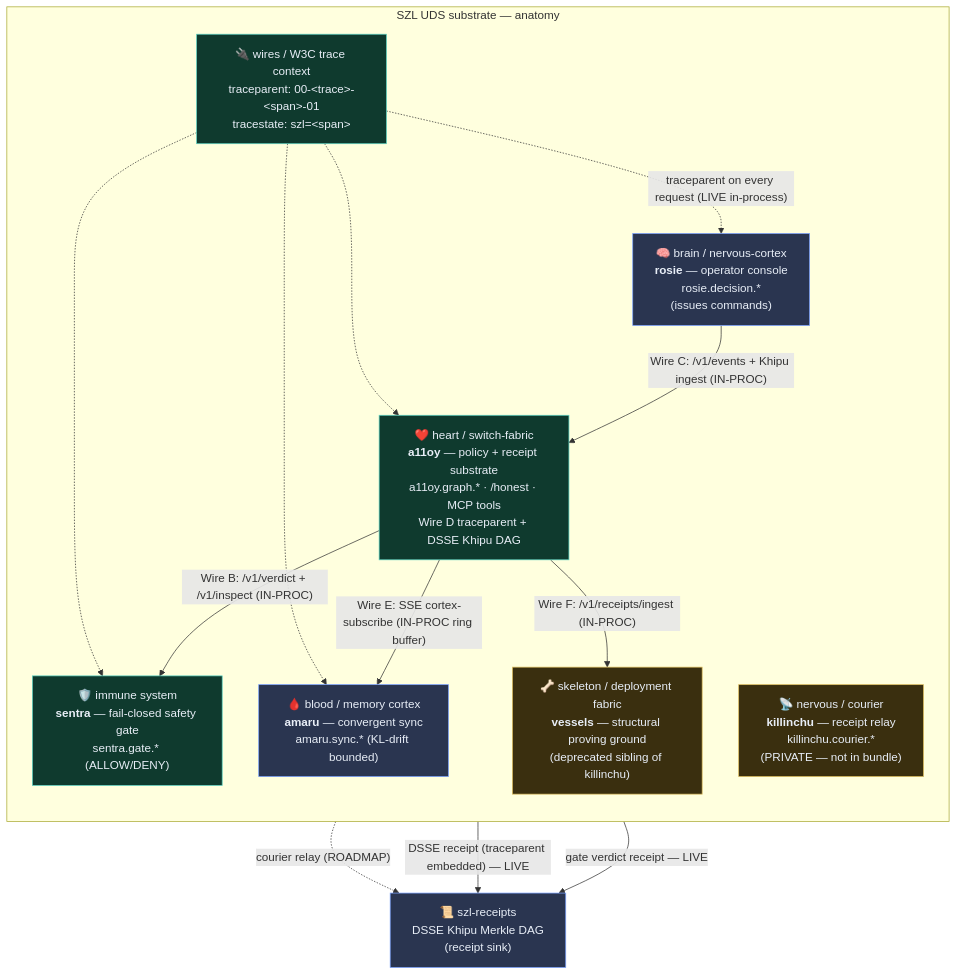
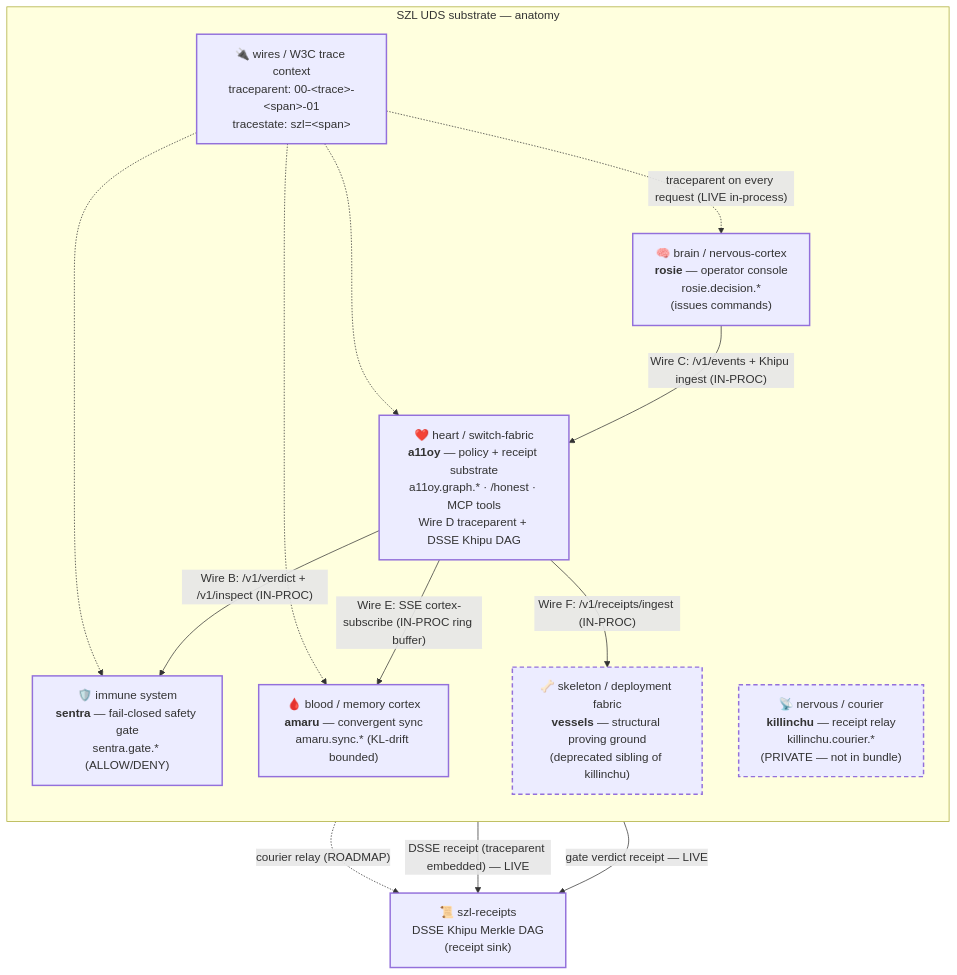
Before and after one commit to szl-holdings/a11oy: the diagram in docs/site/docs/mesh.md, drawn with Mermaid. The commit also changed 33 other files, not shown here.

````diff
--- a/docs/site/docs/mesh.md
+++ b/docs/site/docs/mesh.md
@@ -20,32 +20,32 @@
 ```mermaid
 flowchart TB
-    classDef live fill:#0f3a2e,stroke:#5ad1c0,color:#e8eef7;
-    classDef inproc fill:#2a3550,stroke:#7aa2ff,color:#e8eef7;
-    classDef roadmap fill:#3a2f0f,stroke:#e0c060,color:#e8eef7;
+    classDef live stroke-width:2px;
+    classDef inproc stroke-width:2px;
+    classDef roadmap stroke-width:2px,stroke-dasharray:6 4;
 
     subgraph BODY["SZL UDS substrate — anatomy"]
       direction TB
       ROSIE["🧠 brain / nervous-cortex<br/><b>rosie</b> — operator console<br/>rosie.decision.*<br/>(issues commands)"]:::inproc
       A11OY["❤️ heart / switch-fabric<br/><b>a11oy</b> — policy + receipt substrate<br/>a11oy.graph.* · /honest · MCP tools<br/>Wire D traceparent + DSSE Khipu DAG"]:::live
       AMARU["🩸 blood / memory cortex<br/><b>amaru</b> — convergent sync<br/>amaru.sync.* (KL-drift bounded)"]:::inproc
       SENTRA["🛡️ immune system<br/><b>sentra</b> — fail-closed safety gate<br/>sentra.gate.* (ALLOW/DENY)"]:::live
       KILLINCHU["📡 nervous / courier<br/><b>killinchu</b> — receipt relay<br/>killinchu.courier.*<br/>(PRIVATE — not in bundle)"]:::roadmap
       VESSELS["🦴 skeleton / deployment fabric<br/><b>vessels</b> — structural proving ground<br/>(deprecated sibling of killinchu)"]:::roadmap
       WIRES["🔌 wires / W3C trace context<br/>traceparent: 00-&lt;trace&gt;-&lt;span&gt;-01<br/>tracestate: szl=&lt;span&gt;"]:::live
     end
 
     RECEIPTS["📜 szl-receipts<br/>DSSE Khipu Merkle DAG<br/>(receipt sink)"]:::inproc
 
     ROSIE -->|"Wire C: /v1/events + Khipu ingest (IN-PROC)"| A11OY
     A11OY -->|"Wire B: /v1/verdict + /v1/inspect (IN-PROC)"| SENTRA
     A11OY -->|"Wire E: SSE cortex-subscribe (IN-PROC ring buffer)"| AMARU
     A11OY -->|"Wire F: /v1/receipts/ingest (IN-PROC)"| VESSELS
     KILLINCHU -.->|"courier relay (ROADMAP)"| RECEIPTS
     A11OY -->|"DSSE receipt (traceparent embedded) — LIVE"| RECEIPTS
     SENTRA -->|"gate verdict receipt — LIVE"| RECEIPTS
 
     WIRES -.->|"traceparent on every request (LIVE in-process)"| ROSIE
     WIRES -.-> A11OY
     WIRES -.-> AMARU
     WIRES -.-> SENTRA
 ```
````
